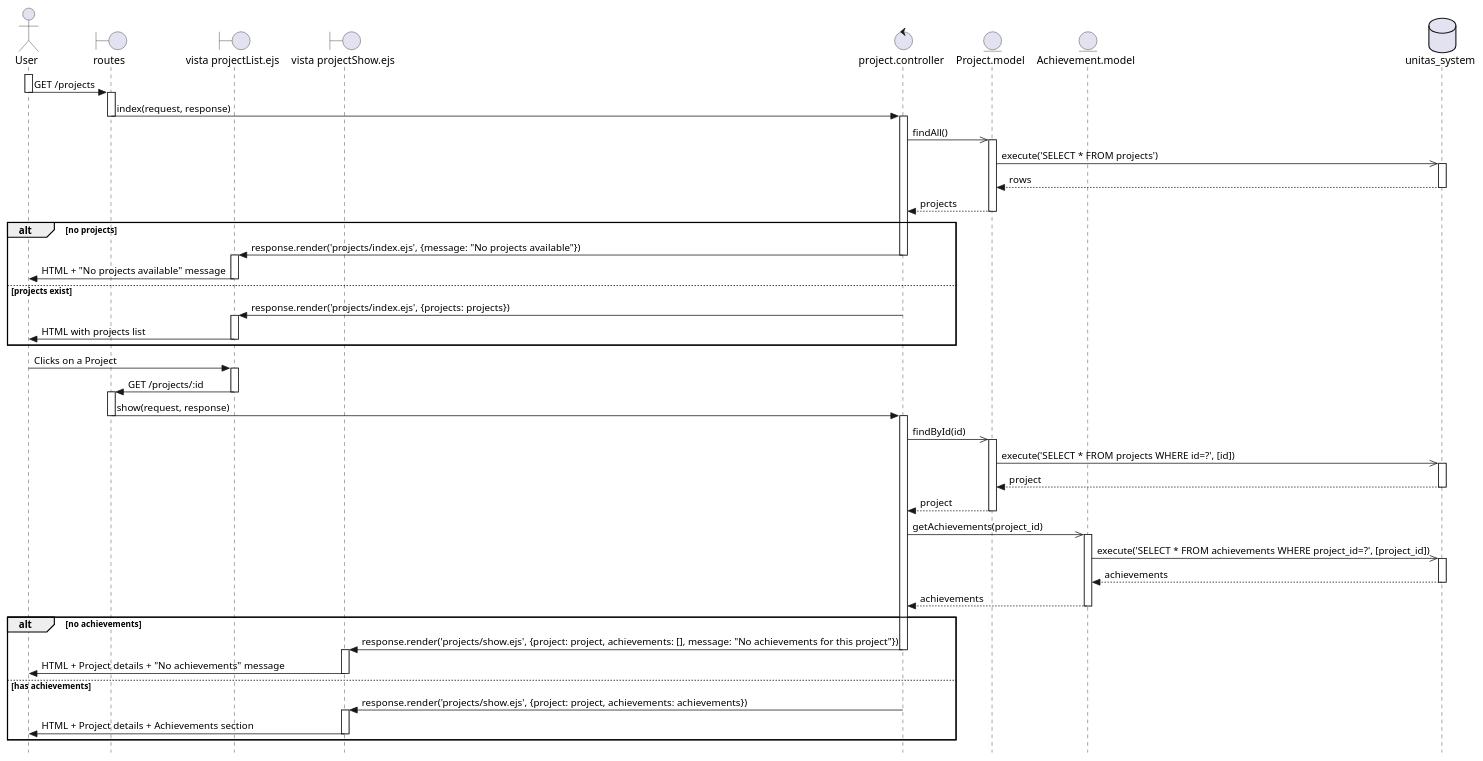
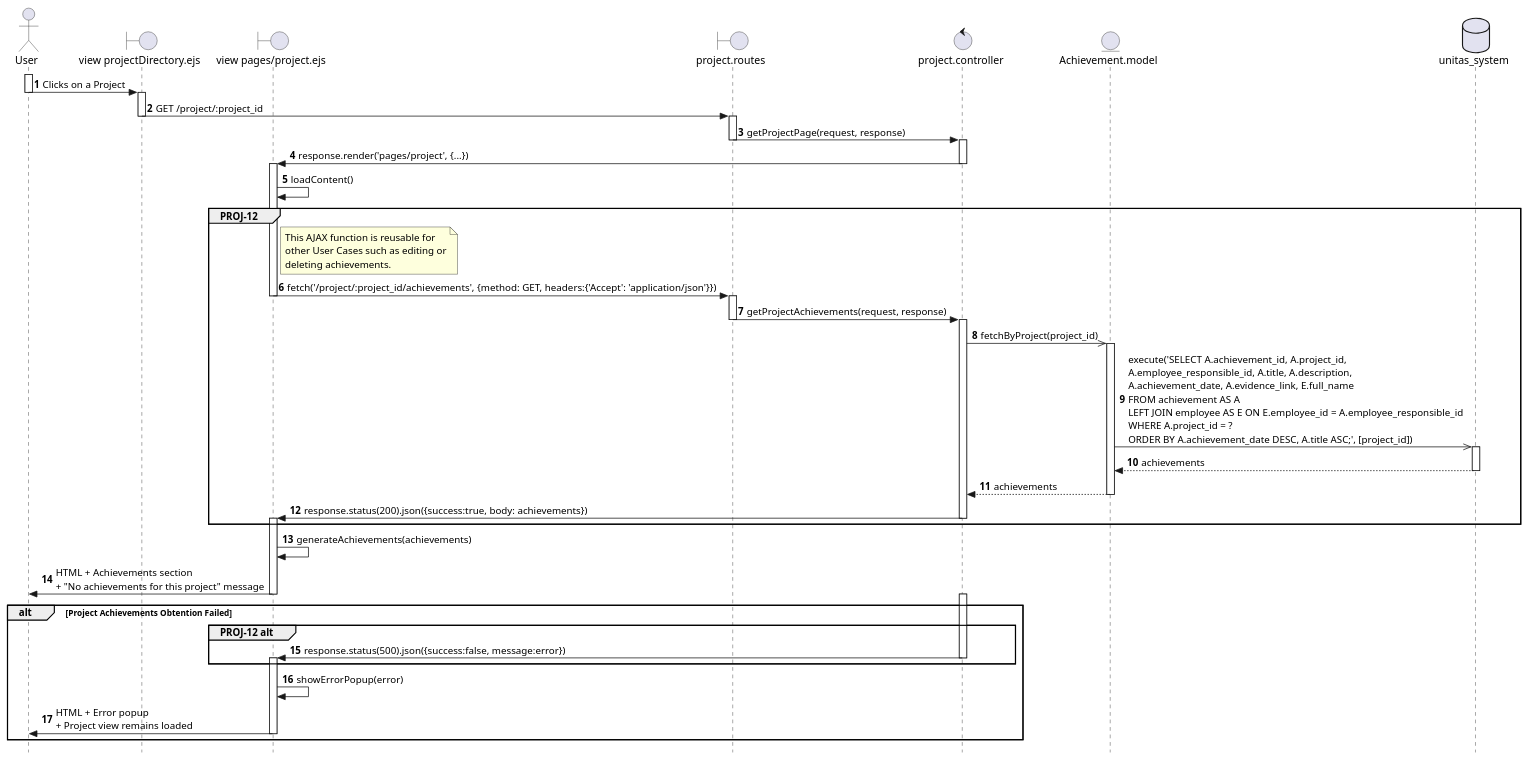
The diagram in documentation/sequence_diagrams/PROJ-12.puml (Berthou05/LimboSoftwareDevelopment_Change.org), drawn with PlantUML before and after one commit.

Commit message:
[DOCS] PROJ-12 update

```diff
--- a/documentation/sequence_diagrams/PROJ-12.puml
+++ b/documentation/sequence_diagrams/PROJ-12.puml
@@ -1,89 +1,67 @@
 @startuml
 skinparam style strictuml
 
 actor User as U
-boundary "routes" as RO
-boundary "vista projectList.ejs" as VL
-boundary "vista projectShow.ejs" as VS
+boundary "view projectDirectory.ejs" as PV
+boundary "view pages/project.ejs" as V
+boundary "project.routes" as RO
 control "project.controller" as C
-entity "Project.model" as PM
 entity "Achievement.model" as AM
 database "unitas_system" as BD
+autonumber
 
 activate U
-U -> RO:GET /projects
+U -> PV: Clicks on a Project
 deactivate U
-    activate RO
-    RO -> C:index(request, response)
-    deactivate RO
-        activate C
-        C ->> PM:findAll()
-            activate PM
-            PM ->> BD:execute('SELECT * FROM projects')
-                activate BD
-                BD --> PM:rows
-                deactivate BD
-            PM --> C:projects
-            deactivate PM
-        
-        alt no projects
-            C -> VL:response.render('projects/index.ejs', {message: "No projects available"})
-            deactivate C
-                activate VL
-                VL -> U:HTML + "No projects available" message
-                deactivate VL
-        
-        else projects exist
-            C -> VL:response.render('projects/index.ejs', {projects: projects})
-            deactivate C
-                activate VL
-                VL -> U:HTML with projects list
-                deactivate VL
-        end
-
-activate U
-U -> VL:Clicks on a Project
-deactivate U
-    activate VL
-    VL -> RO:GET /projects/:id
-    deactivate VL
+    activate PV
+    PV -> RO: GET /project/:project_id
+    deactivate PV
         activate RO
-        RO -> C:show(request, response)
+        RO -> C: getProjectPage(request, response)
         deactivate RO
             activate C
-            C ->> PM:findById(id)
-                activate PM
-                PM ->> BD:execute('SELECT * FROM projects WHERE id=?', [id])
+            C -> V: response.render('pages/project', {...})
+            deactivate C
+    activate V
+    V -> V: loadContent()
+    group PROJ-12
+    note right of V
+        This AJAX function is reusable for
+        other User Cases such as editing or
+        deleting achievements.
+    end note
+    V -> RO: fetch('/project/:project_id/achievements', {method: GET, headers:{'Accept': 'application/json'}})
+    deactivate V
+        activate RO
+        RO -> C: getProjectAchievements(request, response)
+                deactivate RO
+            activate C
+            C ->> AM: fetchByProject(project_id)
+                activate AM
+                AM ->> BD: execute('SELECT A.achievement_id, A.project_id,\nA.employee_responsible_id, A.title, A.description,\nA.achievement_date, A.evidence_link, E.full_name\nFROM achievement AS A\nLEFT JOIN employee AS E ON E.employee_id = A.employee_responsible_id\nWHERE A.project_id = ?\nORDER BY A.achievement_date DESC, A.title ASC;', [project_id])
                     activate BD
-                    BD --> PM:project
+                    BD --> AM: achievements
                     deactivate BD
-                PM --> C:project
-                deactivate PM
-            
-            C ->> AM:getAchievements(project_id)
-                activate AM
-                AM ->> BD:execute('SELECT * FROM achievements WHERE project_id=?', [project_id])
-                    activate BD
-                    BD --> AM:achievements
-                    deactivate BD
-                AM --> C:achievements
+                AM --> C: achievements
                 deactivate AM
-            
-            alt no achievements
-                C -> VS:response.render('projects/show.ejs', {project: project, achievements: [], message: "No achievements for this project"})
-                deactivate C
-                    activate VS
-                    VS -> U:HTML + Project details + "No achievements" message
-                    deactivate VS
-            
-            else has achievements
-                C -> VS:response.render('projects/show.ejs', {project: project, achievements: achievements})
-                deactivate C
-                    activate VS
-                    VS -> U:HTML + Project details + Achievements section
-                    deactivate VS
-            end
+            C -> V: response.status(200).json({success:true, body: achievements})
+            deactivate C
+    activate V
+    end group
+    V -> V: generateAchievements(achievements)
+    V -> U: HTML + Achievements section\n+ "No achievements for this project" message
+    deactivate V
 
-activate U
+alt Project Achievements Obtention Failed
+        activate C
+    group PROJ-12 alt
+        C -> V: response.status(500).json({success:false, message:error})
+        deactivate C
+    activate V
+    end group
+    V -> V: showErrorPopup(error)
+    V -> U: HTML + Error popup\n+ Project view remains loaded
+    deactivate V
+end
 
 @enduml
```
